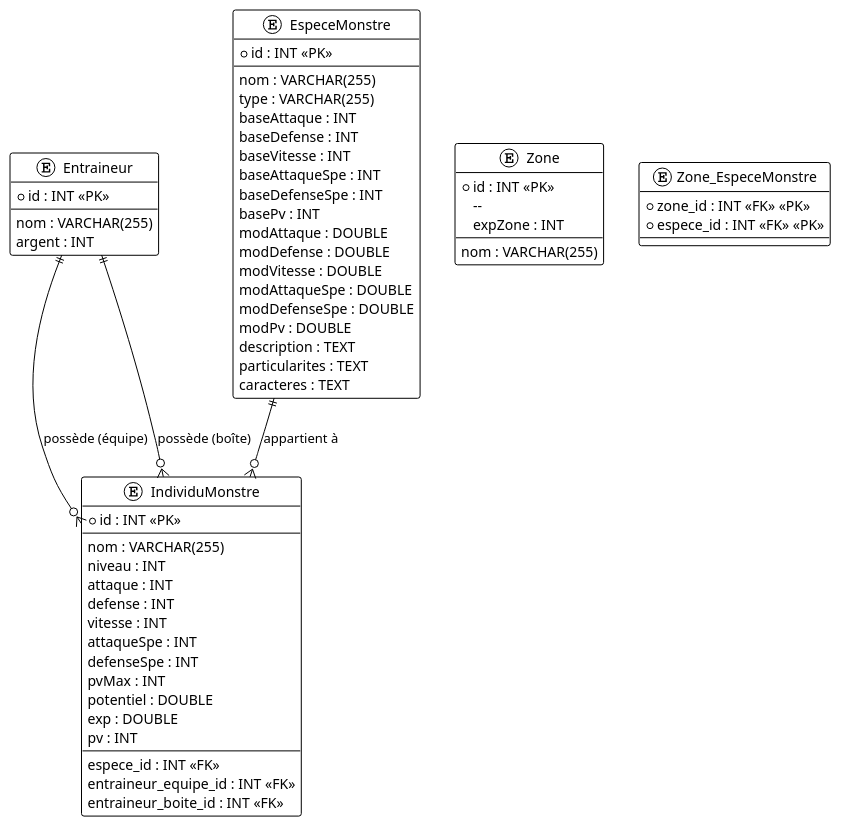
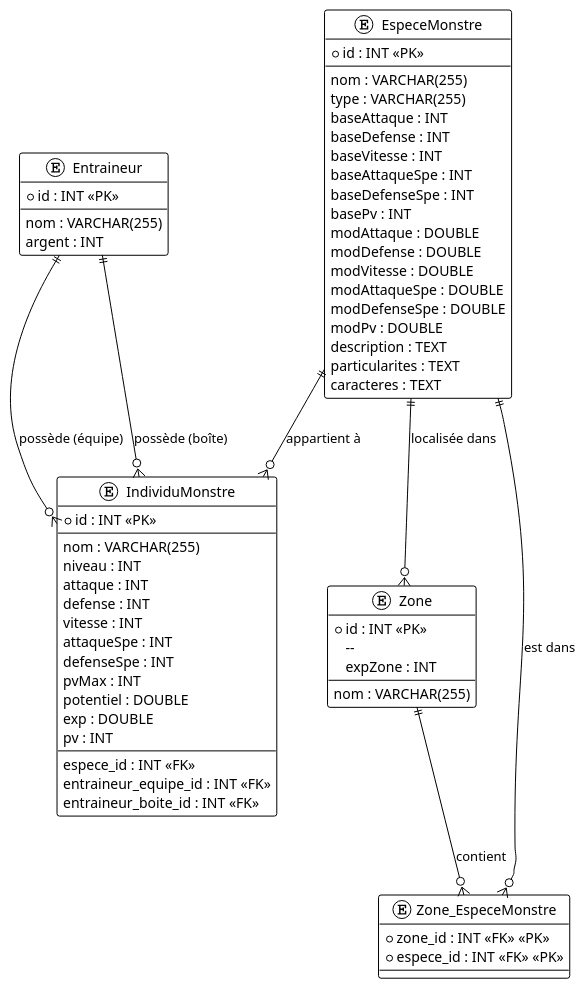
One commit to sahaza77/KotlinMonsters changed the diagram in src/main/resources/ERD TODO.puml. Above: the diagram before and after it, drawn with PlantUML. The commit also changed 12 other files, not shown here.

```diff
--- a/src/main/resources/ERD TODO.puml
+++ b/src/main/resources/ERD TODO.puml
@@ -1,77 +1,79 @@
 @startuml
 !theme plain
 '--------------------------------------------------
 ' Diagramme ERD - Kotlin Monsters (Sprint 3)
 '--------------------------------------------------
 
 entity "Entraineur" as Entraineur {
   * id : INT <<PK>>
   --
   nom : VARCHAR(255)
   argent : INT
 }
 
 entity "EspeceMonstre" as EspeceMonstre {
   * id : INT <<PK>>
   --
   nom : VARCHAR(255)
   type : VARCHAR(255)
   baseAttaque : INT
   baseDefense : INT
   baseVitesse : INT
   baseAttaqueSpe : INT
   baseDefenseSpe : INT
   basePv : INT
   modAttaque : DOUBLE
   modDefense : DOUBLE
   modVitesse : DOUBLE
   modAttaqueSpe : DOUBLE
   modDefenseSpe : DOUBLE
   modPv : DOUBLE
   description : TEXT
   particularites : TEXT
   caracteres : TEXT
 }
 
 entity "Zone" as Zone {
 * id : INT <<PK>>
   --
   nom : VARCHAR(255)
   expZone : INT
 }
 
 entity "Zone_EspeceMonstre" as Zone_EspeceMonstre {
   * zone_id : INT <<FK>> <<PK>>
   * espece_id : INT <<FK>> <<PK>>
 }
 
 entity "IndividuMonstre" as IndividuMonstre {
   * id : INT <<PK>>
   --
   nom : VARCHAR(255)
   niveau : INT
   attaque : INT
   defense : INT
   vitesse : INT
   attaqueSpe : INT
   defenseSpe : INT
   pvMax : INT
   potentiel : DOUBLE
   exp : DOUBLE
   pv : INT
   --
   espece_id : INT <<FK>>
   entraineur_equipe_id : INT <<FK>>
   entraineur_boite_id : INT <<FK>>
 }
 
 '--------------------------------------------------
 ' Relations
 '--------------------------------------------------
 
 Entraineur ||--o{ IndividuMonstre : "possède (équipe)"
 Entraineur ||--o{ IndividuMonstre : "possède (boîte)"
 EspeceMonstre ||--o{ IndividuMonstre : "appartient à"
-'TODO
+EspeceMonstre ||--o{ Zone : "localisée dans"
+Zone ||--o{ Zone_EspeceMonstre : "contient"
+EspeceMonstre ||--o{ Zone_EspeceMonstre : "est dans"
 
 @enduml
```
